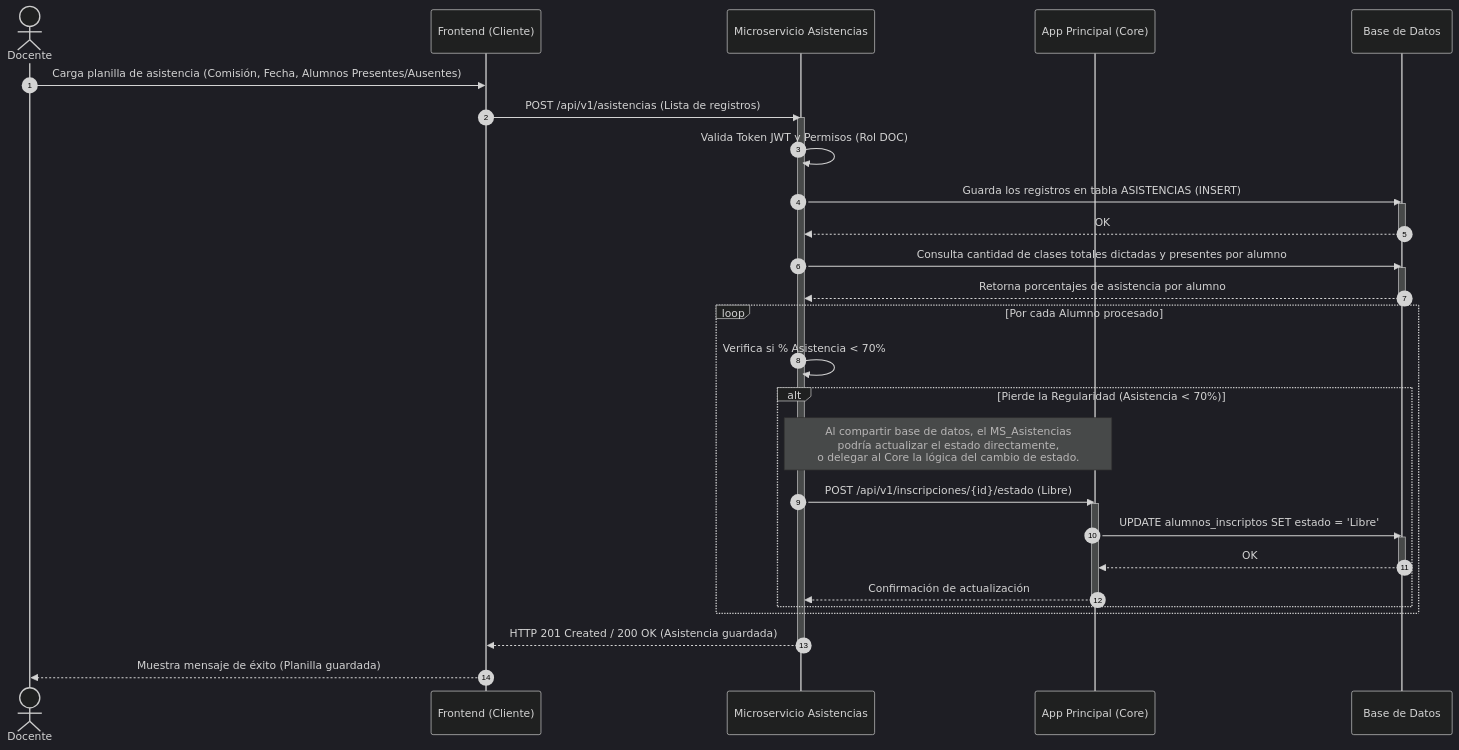
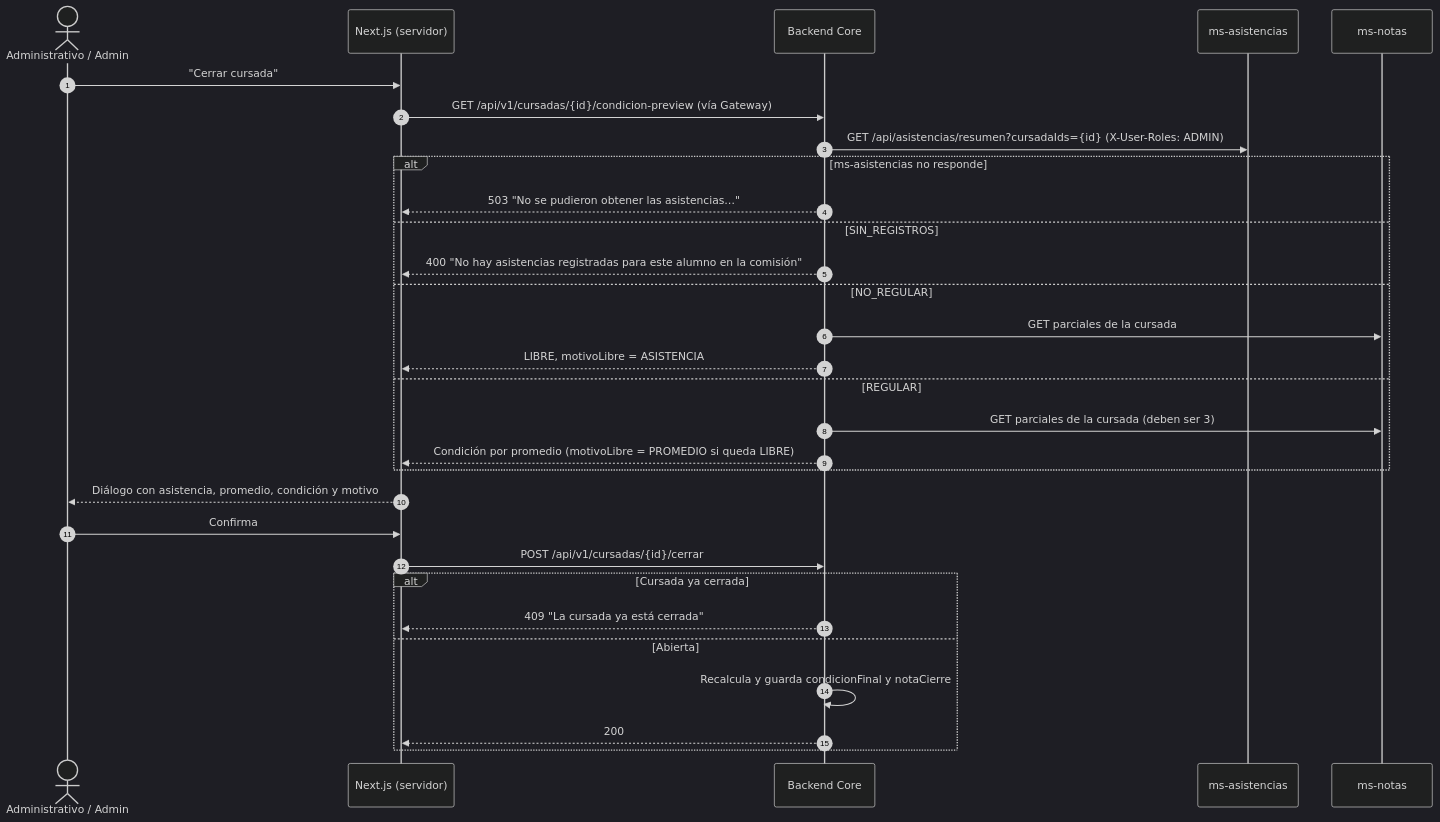
One commit to JuancaSterba/web-2026-itec changed the second of 2 diagrams in docs/03.20-Diagrama_Secuencia_Asistencia.md. Above: the diagram before and after it, drawn with Mermaid (dark theme). The commit also changed other lines of this file and 3 other files, not shown here.

First line of the commit message:
docs: T22 diagramas de asistencia, estados y arquitectura con la regularidad del 70 %

````diff
--- a/docs/03.20-Diagrama_Secuencia_Asistencia.md
+++ b/docs/03.20-Diagrama_Secuencia_Asistencia.md
@@ -7,47 +38,35 @@
 ```mermaid
 sequenceDiagram
     autonumber
-    actor Docente
-    participant Frontend as Frontend (Cliente)
-    participant MS_Asistencias as Microservicio Asistencias
-    participant Core as App Principal (Core)
-    participant DB as Base de Datos
+    actor Usuario as Administrativo / Admin
+    participant Next as Next.js (servidor)
+    participant Core as Backend Core
+    participant MSA as ms-asistencias
+    participant MSN as ms-notas
 
-    Docente->>Frontend: Carga planilla de asistencia (Comisión, Fecha, Alumnos Presentes/Ausentes)
-    Frontend->>MS_Asistencias: POST /api/v1/asistencias (Lista de registros)
-    
-    activate MS_Asistencias
-    MS_Asistencias->>MS_Asistencias: Valida Token JWT y Permisos (Rol DOC)
-    
-    %% Guardado de la asistencia
-    MS_Asistencias->>DB: Guarda los registros en tabla ASISTENCIAS (INSERT)
-    activate DB
-    DB-->>MS_Asistencias: OK
-    deactivate DB
-    
-    %% Validación de Regla de Negocio (70% de asistencia)
-    MS_Asistencias->>DB: Consulta cantidad de clases totales dictadas y presentes por alumno
-    activate DB
-    DB-->>MS_Asistencias: Retorna porcentajes de asistencia por alumno
-    deactivate DB
-    
-    loop Por cada Alumno procesado
-        MS_Asistencias->>MS_Asistencias: Verifica si % Asistencia < 70%
-        
-        alt Pierde la Regularidad (Asistencia < 70%)
-            Note over MS_Asistencias, Core: Al compartir base de datos, el MS_Asistencias<br>podría actualizar el estado directamente,<br>o delegar al Core la lógica del cambio de estado.
-            MS_Asistencias->>Core: POST /api/v1/inscripciones/{id}/estado (Libre)
-            activate Core
-            Core->>DB: UPDATE alumnos_inscriptos SET estado = 'Libre'
-            activate DB
-            DB-->>Core: OK
-            deactivate DB
-            Core-->>MS_Asistencias: Confirmación de actualización
-            deactivate Core
-        end
+    Usuario->>Next: "Cerrar cursada"
+    Next->>Core: GET /api/v1/cursadas/{id}/condicion-preview (vía Gateway)
+    Core->>MSA: GET /api/asistencias/resumen?cursadaIds={id} (X-User-Roles: ADMIN)
+
+    alt ms-asistencias no responde
+        Core-->>Next: 503 "No se pudieron obtener las asistencias…"
+    else SIN_REGISTROS
+        Core-->>Next: 400 "No hay asistencias registradas para este alumno en la comisión"
+    else NO_REGULAR
+        Core->>MSN: GET parciales de la cursada
+        Core-->>Next: LIBRE, motivoLibre = ASISTENCIA
+    else REGULAR
+        Core->>MSN: GET parciales de la cursada (deben ser 3)
+        Core-->>Next: Condición por promedio (motivoLibre = PROMEDIO si queda LIBRE)
     end
 
-    MS_Asistencias-->>Frontend: HTTP 201 Created / 200 OK (Asistencia guardada)
-    deactivate MS_Asistencias
-    Frontend-->>Docente: Muestra mensaje de éxito (Planilla guardada)
+    Next-->>Usuario: Diálogo con asistencia, promedio, condición y motivo
+    Usuario->>Next: Confirma
+    Next->>Core: POST /api/v1/cursadas/{id}/cerrar
+    alt Cursada ya cerrada
+        Core-->>Next: 409 "La cursada ya está cerrada"
+    else Abierta
+        Core->>Core: Recalcula y guarda condicionFinal y notaCierre
+        Core-->>Next: 200
+    end
 ```
````
